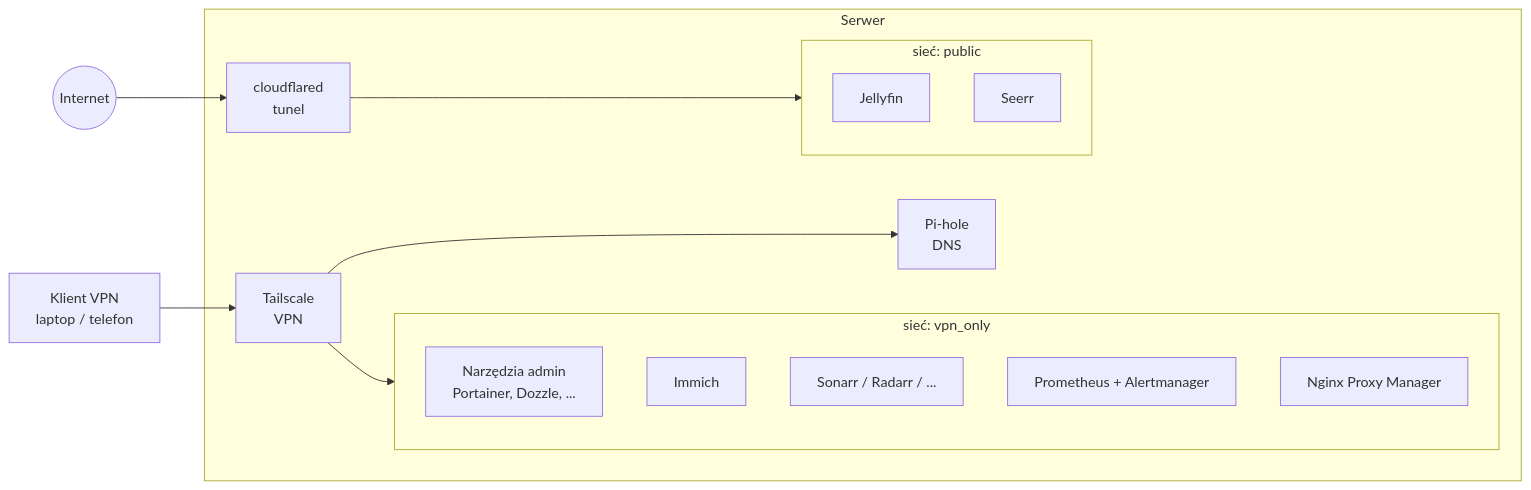
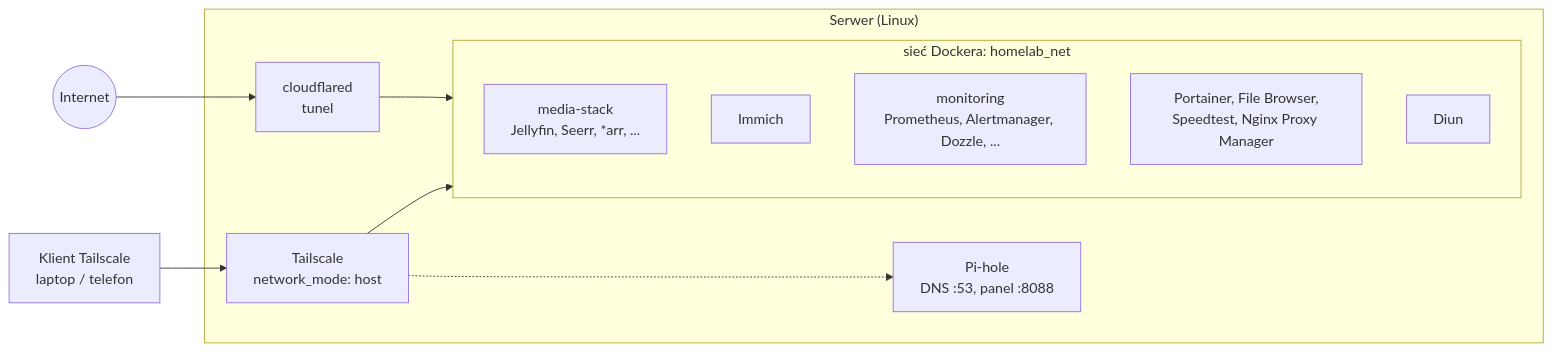
One commit to patrykludwin02/homelab changed the diagram in README.md. Above: the diagram before and after it, drawn with Mermaid. The commit also changed other lines of this file, not shown here.

````diff
--- a/README.md
+++ b/README.md
@@ -42,29 +43,23 @@
 ```mermaid
 flowchart LR
     Internet((Internet))
-    VPN[Klient VPN<br/>laptop / telefon]
+    VPN["Klient Tailscale<br/>laptop / telefon"]
 
-    subgraph Serwer
-        CF[cloudflared<br/>tunel]
-        TS[Tailscale<br/>VPN]
+    subgraph Serwer["Serwer (Linux)"]
+        CF["cloudflared<br/>tunel"]
+        TS["Tailscale<br/>network_mode: host"]
+        DNS["Pi-hole<br/>DNS :53, panel :8088"]
 
-        subgraph public["sieć: public"]
-            JF[Jellyfin]
-            SE[Seerr]
+        subgraph homelab_net["sieć Dockera: homelab_net"]
+            MEDIA["media-stack<br/>Jellyfin, Seerr, *arr, ..."]
+            IMM["Immich"]
+            MON["monitoring<br/>Prometheus, Alertmanager, Dozzle, ..."]
+            ADM["Portainer, File Browser,<br/>Speedtest, Nginx Proxy Manager"]
+            DIUN["Diun"]
         end
-
-        subgraph vpn_only["sieć: vpn_only"]
-            ADM[Narzędzia admin<br/>Portainer, Dozzle, ...]
-            IMM[Immich]
-            ARR[Sonarr / Radarr / ...]
-            MON[Prometheus + Alertmanager]
-            NPM[Nginx Proxy Manager]
-        end
-
-        DNS[Pi-hole<br/>DNS]
     end
 
-    Internet --> CF --> public
-    VPN --> TS --> vpn_only
-    TS --> DNS
+    Internet --> CF --> homelab_net
+    VPN --> TS --> homelab_net
+    TS -.-> DNS
 ```
````
